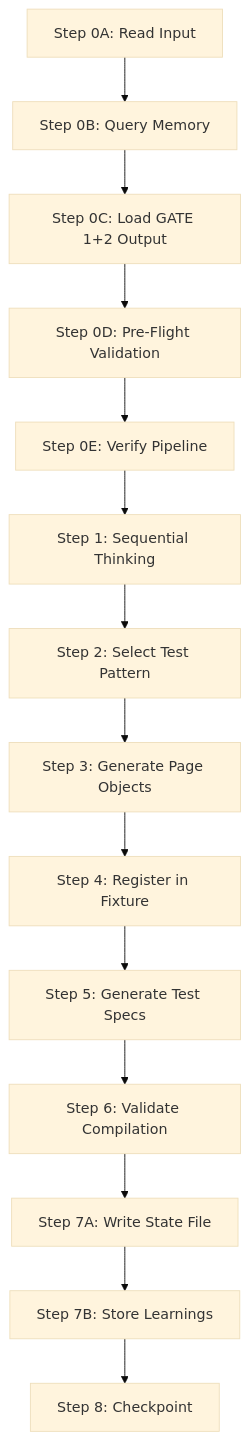
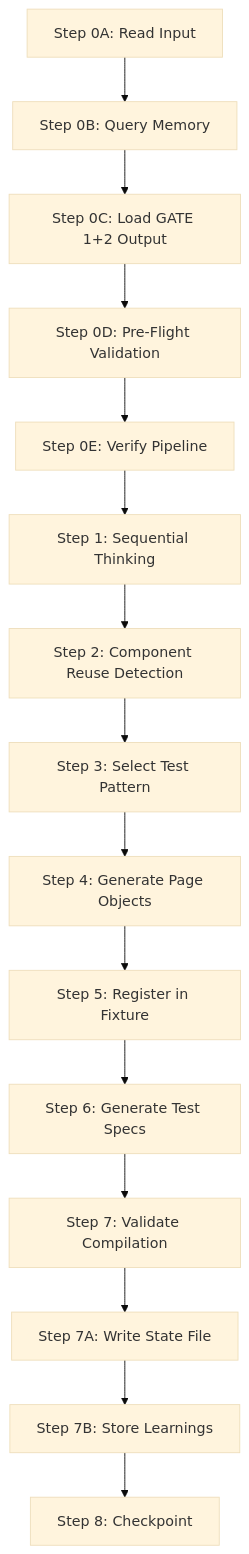
One commit to DangKienTuong/QAAgent changed the diagram in .github/instructions/pom_generator.agent.instructions.md. Above: the diagram before and after it, drawn with Mermaid (base theme). The commit also changed 1 other file, not shown here.

Commit message:
Update POM Generator Agent instructions to include component reuse detection step

````diff
--- a/.github/instructions/pom_generator.agent.instructions.md
+++ b/.github/instructions/pom_generator.agent.instructions.md
@@ -163,16 +163,17 @@
 ```mermaid
 flowchart TD
     A[Step 0A: Read Input] --> B[Step 0B: Query Memory]
     B --> C[Step 0C: Load GATE 1+2 Output]
     C --> D[Step 0D: Pre-Flight Validation]
     D --> E[Step 0E: Verify Pipeline]
     E --> F[Step 1: Sequential Thinking]
-    F --> G[Step 2: Select Test Pattern]
-    G --> H[Step 3: Generate Page Objects]
-    H --> I[Step 4: Register in Fixture]
-    I --> J[Step 5: Generate Test Specs]
-    J --> K[Step 6: Validate Compilation]
-    K --> L[Step 7A: Write State File]
-    L --> M[Step 7B: Store Learnings]
-    M --> N[Step 8: Checkpoint]
+    F --> G[Step 2: Component Reuse Detection]
+    G --> H[Step 3: Select Test Pattern]
+    H --> I[Step 4: Generate Page Objects]
+    I --> J[Step 5: Register in Fixture]
+    J --> K[Step 6: Generate Test Specs]
+    K --> L[Step 7: Validate Compilation]
+    L --> M[Step 7A: Write State File]
+    M --> N[Step 7B: Store Learnings]
+    N --> O[Step 8: Checkpoint]
 ```
````
